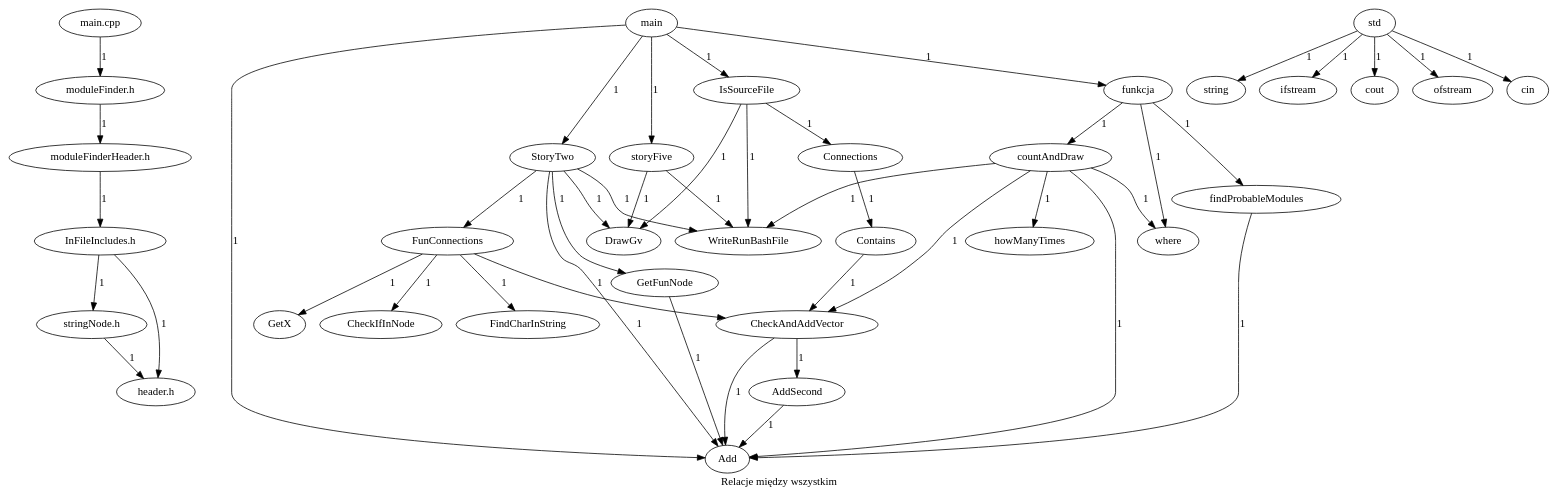
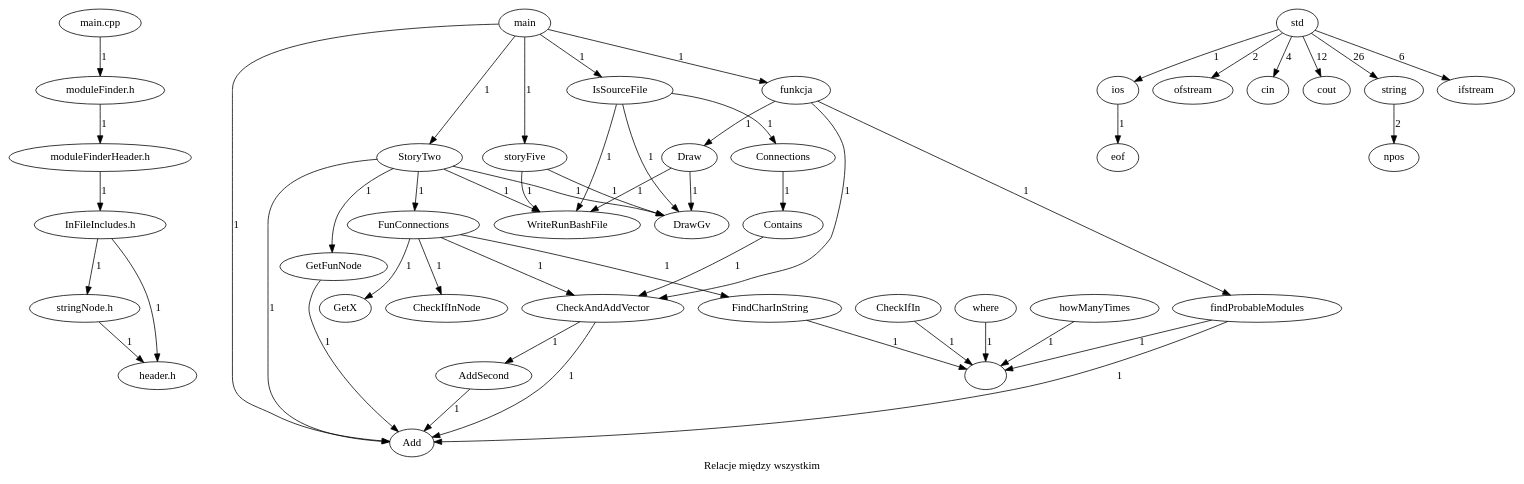
Before and after one commit to Work-In-Progress-Bananna-Knife/A-La-Projet-Un-: the diagram in Data.gv, drawn with Graphviz. The commit also changed 11 other files, not shown here.

```diff
--- a/Data.gv
+++ b/Data.gv
@@ -1,47 +1,52 @@
 digraph foo{
 label ="Relacje między wszystkim""moduleFinder.h"->"moduleFinderHeader.h" [label = "1"];
 "moduleFinderHeader.h"->"InFileIncludes.h" [label = "1"];
 "stringNode.h"->"header.h" [label = "1"];
 "main.cpp"->"moduleFinder.h" [label = "1"];
 "InFileIncludes.h"->"stringNode.h" [label = "1"];
 "InFileIncludes.h"->"header.h" [label = "1"];
 "main"->"Add" [label = "1"];
 "main"->"IsSourceFile" [label = "1"];
 "main"->"StoryTwo" [label = "1"];
 "main"->"storyFive" [label = "1"];
 "main"->"funkcja" [label = "1"];
 "AddSecond"->"Add" [label = "1"];
+"FindCharInString"->"" [label = "1"];
+"CheckIfIn"->"" [label = "1"];
+"where"->"" [label = "1"];
+"howManyTimes"->"" [label = "1"];
 "IsSourceFile"->"Connections" [label = "1"];
 "IsSourceFile"->"WriteRunBashFile" [label = "1"];
 "IsSourceFile"->"DrawGv" [label = "1"];
 "Contains"->"CheckAndAddVector" [label = "1"];
 "Connections"->"Contains" [label = "1"];
 "GetFunNode"->"Add" [label = "1"];
 "StoryTwo"->"Add" [label = "1"];
 "StoryTwo"->"WriteRunBashFile" [label = "1"];
 "StoryTwo"->"GetFunNode" [label = "1"];
 "StoryTwo"->"FunConnections" [label = "1"];
 "StoryTwo"->"DrawGv" [label = "1"];
 "FunConnections"->"GetX" [label = "1"];
 "FunConnections"->"CheckIfInNode" [label = "1"];
 "FunConnections"->"FindCharInString" [label = "1"];
 "FunConnections"->"CheckAndAddVector" [label = "1"];
 "CheckAndAddVector"->"Add" [label = "1"];
 "CheckAndAddVector"->"AddSecond" [label = "1"];
 "storyFive"->"WriteRunBashFile" [label = "1"];
 "storyFive"->"DrawGv" [label = "1"];
-"funkcja"->"where" [label = "1"];
+"funkcja"->"CheckAndAddVector" [label = "1"];
 "funkcja"->"findProbableModules" [label = "1"];
-"funkcja"->"countAndDraw" [label = "1"];
+"funkcja"->"Draw" [label = "1"];
+"findProbableModules"->"" [label = "1"];
 "findProbableModules"->"Add" [label = "1"];
-"countAndDraw"->"Add" [label = "1"];
-"countAndDraw"->"where" [label = "1"];
-"countAndDraw"->"howManyTimes" [label = "1"];
-"countAndDraw"->"WriteRunBashFile" [label = "1"];
-"countAndDraw"->"CheckAndAddVector" [label = "1"];
-"std"->"string" [label = "1"];
-"std"->"ifstream" [label = "1"];
-"std"->"cout" [label = "1"];
-"std"->"ofstream" [label = "1"];
-"std"->"cin" [label = "1"];
+"Draw"->"WriteRunBashFile" [label = "1"];
+"Draw"->"DrawGv" [label = "1"];
+"std"->"ios" [label = "1"];
+"std"->"ofstream" [label = "2"];
+"std"->"cin" [label = "4"];
+"std"->"cout" [label = "12"];
+"std"->"string" [label = "26"];
+"std"->"ifstream" [label = "6"];
+"string"->"npos" [label = "2"];
+"ios"->"eof" [label = "1"];
 }
```
